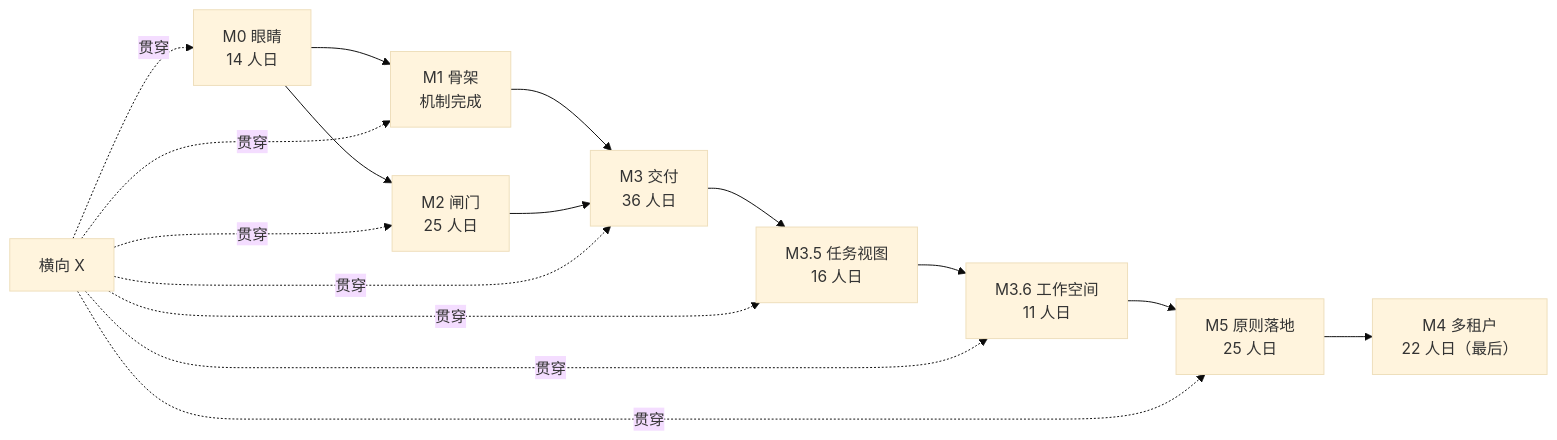
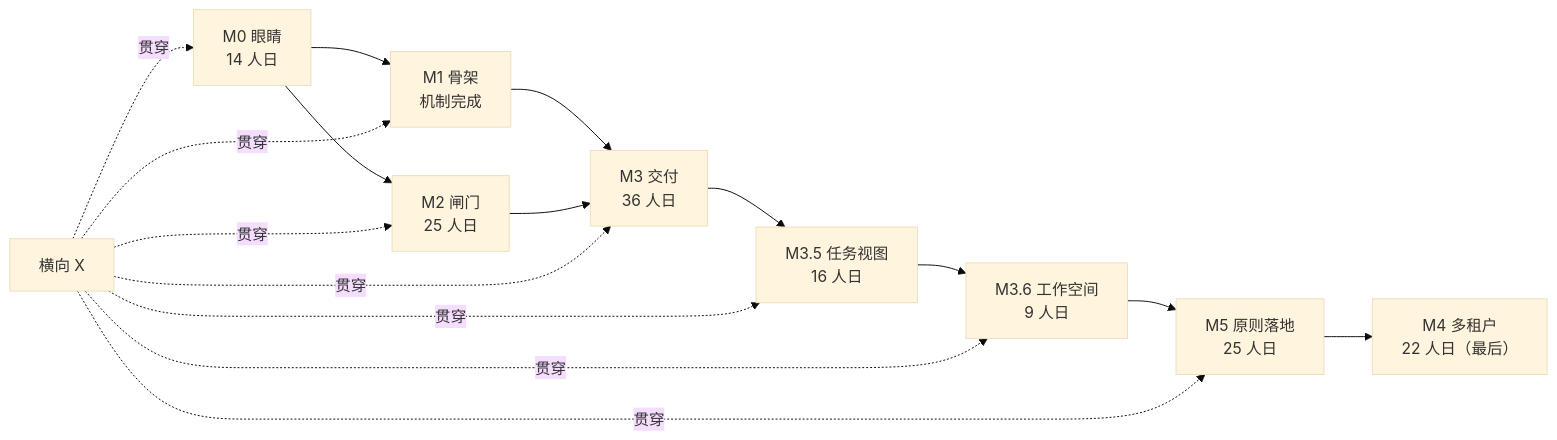
Before and after one commit to touch-agent/dsh-superagent: the diagram in docs/plan/TASK-PLAN.zh.md, drawn with Mermaid (base theme). The commit also changed other lines of this file and 4 other files, not shown here.

````diff
--- a/docs/plan/TASK-PLAN.zh.md
+++ b/docs/plan/TASK-PLAN.zh.md
@@ -161,12 +161,12 @@
 ```mermaid
 graph LR
   M0["M0 眼睛<br/>14 人日"] --> M1["M1 骨架<br/>机制完成"]
   M0 --> M2["M2 闸门<br/>25 人日"]
   M1 --> M3["M3 交付<br/>36 人日"]
   M2 --> M3
   M3 --> M35["M3.5 任务视图<br/>16 人日"]
-  M35 --> M36["M3.6 工作空间<br/>11 人日"]
+  M35 --> M36["M3.6 工作空间<br/>9 人日"]
   M36 --> M5["M5 原则落地<br/>25 人日"]
   M5 --> M4["M4 多租户<br/>22 人日（最后）"]
   X["横向 X"] -.贯穿.-> M0 & M1 & M2 & M3 & M35 & M36 & M5
 ```
````
